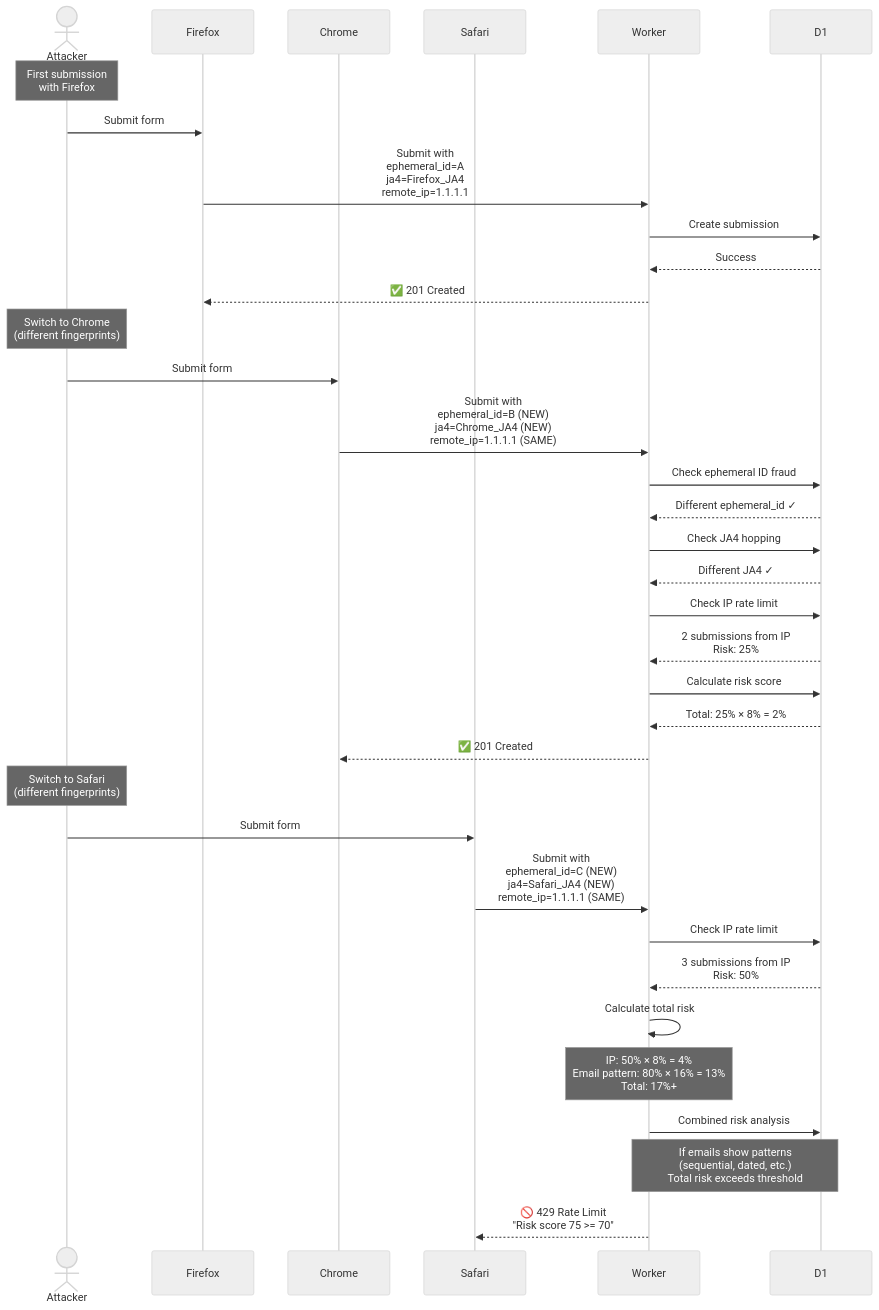
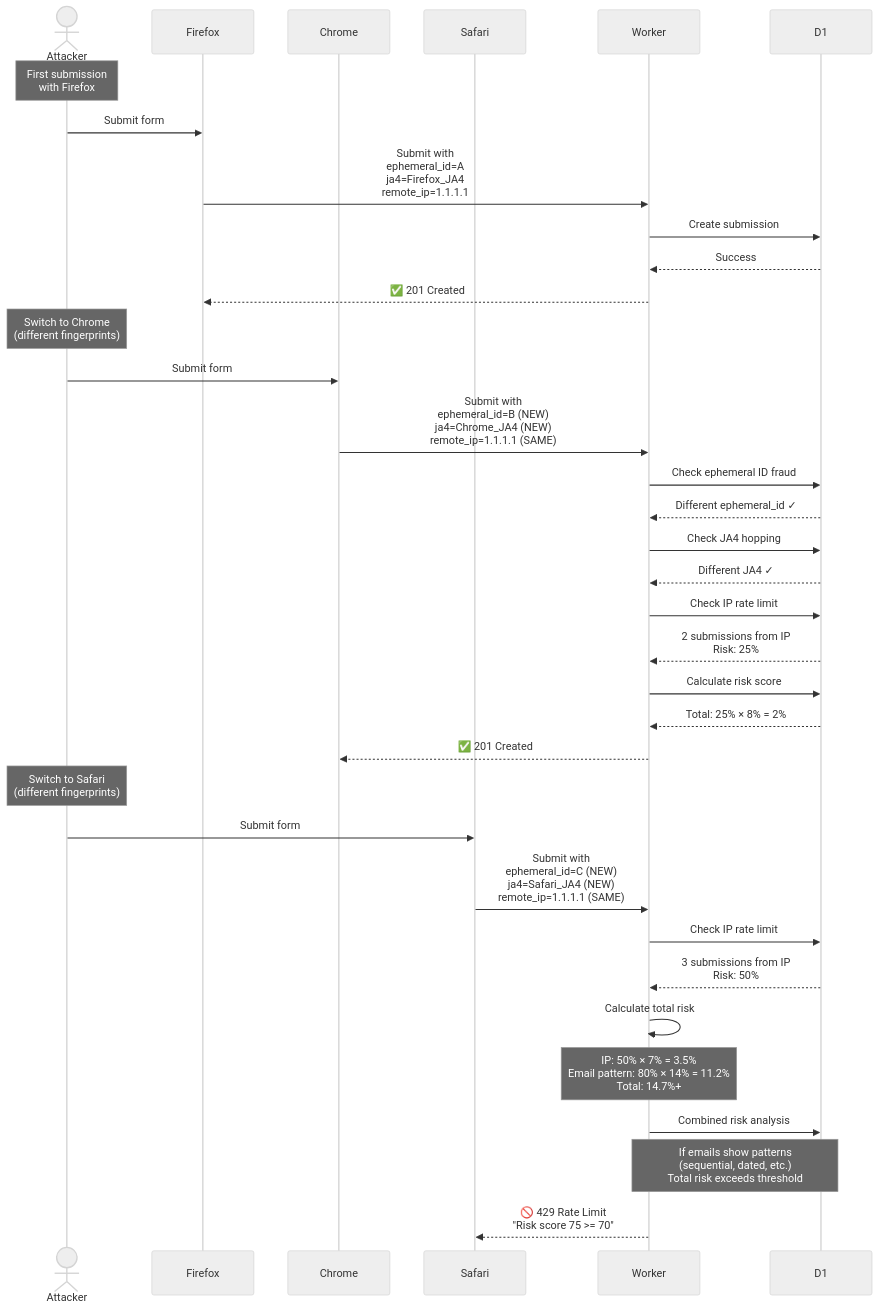
The fifth of 5 diagrams in docs/FRAUD-DETECTION.md (erfianugrah/turnstile-flow), drawn with Mermaid (neutral theme) before and after one commit. The commit also changed 1 other file, not shown here.

Commit message:
database operations

````diff
--- a/docs/FRAUD-DETECTION.md
+++ b/docs/FRAUD-DETECTION.md
@@ -717,40 +717,40 @@
 ```mermaid
 sequenceDiagram
     actor Attacker
     participant Firefox
     participant Chrome
     participant Safari
     participant Worker
     participant D1
 
     Note over Attacker: First submission<br/>with Firefox
     Attacker->>Firefox: Submit form
     Firefox->>Worker: Submit with<br/>ephemeral_id=A<br/>ja4=Firefox_JA4<br/>remote_ip=1.1.1.1
     Worker->>D1: Create submission
     D1-->>Worker: Success
     Worker-->>Firefox: ✅ 201 Created
 
     Note over Attacker: Switch to Chrome<br/>(different fingerprints)
     Attacker->>Chrome: Submit form
     Chrome->>Worker: Submit with<br/>ephemeral_id=B (NEW)<br/>ja4=Chrome_JA4 (NEW)<br/>remote_ip=1.1.1.1 (SAME)
     Worker->>D1: Check ephemeral ID fraud
     D1-->>Worker: Different ephemeral_id ✓
     Worker->>D1: Check JA4 hopping
     D1-->>Worker: Different JA4 ✓
     Worker->>D1: Check IP rate limit
     D1-->>Worker: 2 submissions from IP<br/>Risk: 25%
     Worker->>D1: Calculate risk score
     D1-->>Worker: Total: 25% × 8% = 2%
     Worker-->>Chrome: ✅ 201 Created
 
     Note over Attacker: Switch to Safari<br/>(different fingerprints)
     Attacker->>Safari: Submit form
     Safari->>Worker: Submit with<br/>ephemeral_id=C (NEW)<br/>ja4=Safari_JA4 (NEW)<br/>remote_ip=1.1.1.1 (SAME)
     Worker->>D1: Check IP rate limit
     D1-->>Worker: 3 submissions from IP<br/>Risk: 50%
     Worker->>Worker: Calculate total risk
-    Note over Worker: IP: 50% × 8% = 4%<br/>Email pattern: 80% × 16% = 13%<br/>Total: 17%+
+    Note over Worker: IP: 50% × 7% = 3.5%<br/>Email pattern: 80% × 14% = 11.2%<br/>Total: 14.7%+
     Worker->>D1: Combined risk analysis
     Note over Worker,D1: If emails show patterns<br/>(sequential, dated, etc.)<br/>Total risk exceeds threshold
     Worker-->>Safari: 🚫 429 Rate Limit<br/>"Risk score 75 >= 70"
 ```
````
